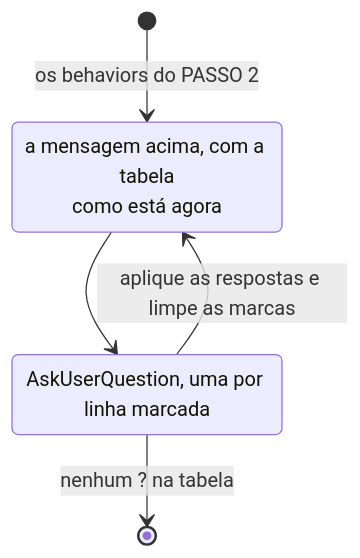
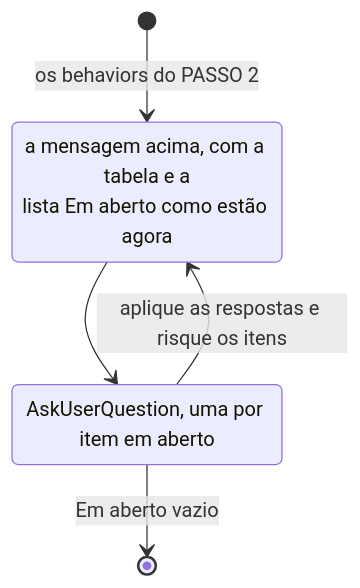
Before and after one commit to WilliamRAlvesJr/my-sdd: the third of 3 diagrams in skills/spec/SKILL.md, drawn with Mermaid. The commit also changed other lines of this file, not shown here.

First line of the commit message:
feat(spec): as perguntas saem da tabela e viram a lista Em aberto

````diff
--- a/skills/spec/SKILL.md
+++ b/skills/spec/SKILL.md
@@ -169,9 +179,9 @@
 ```mermaid
 stateDiagram-v2
-    state "a mensagem acima, com a tabela<br>como está agora" as L
-    state "AskUserQuestion, uma por linha marcada" as S
-    [*] --> L: os behaviors do PASSO 2
-    L --> S
-    S --> L: aplique as respostas e limpe as marcas
-    S --> [*]: nenhum ? na tabela
+    state "a mensagem acima, com a tabela e a<br>lista Em aberto como estão agora" as M
+    state "AskUserQuestion, uma por item em aberto" as S
+    [*] --> M: os behaviors do PASSO 2
+    M --> S
+    S --> M: aplique as respostas e risque os itens
+    S --> [*]: Em aberto vazio
 ```
````
